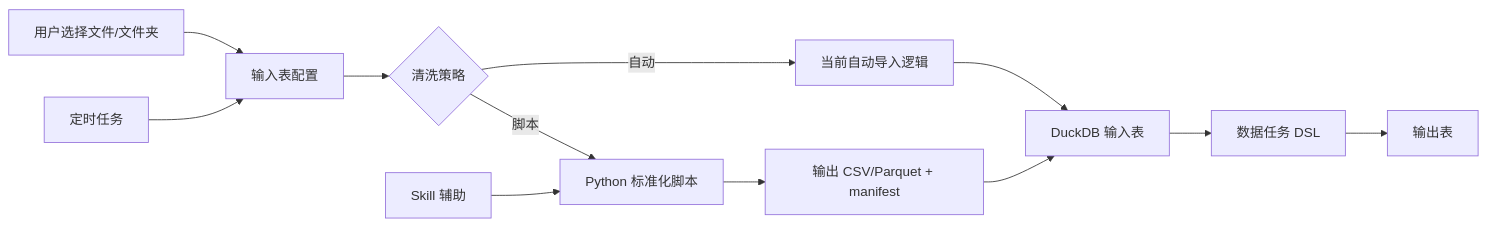
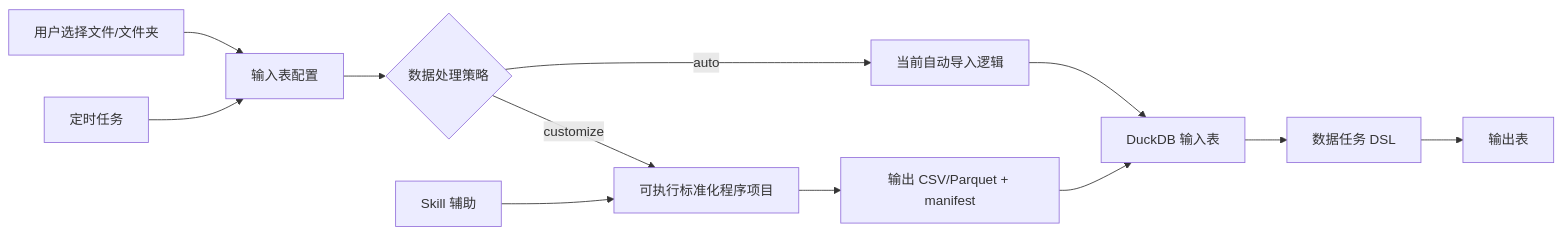
Before and after one commit to tyro668/sophron-cowork-desktop: the diagram in design/prep/input-table-skill-normalizer-design.md, drawn with Mermaid. The commit also changed other lines of this file and 19 other files, not shown here.

````diff
--- a/design/prep/input-table-skill-normalizer-design.md
+++ b/design/prep/input-table-skill-normalizer-design.md
@@ -93,14 +94,14 @@
 ```mermaid
 flowchart LR
   A["用户选择文件/文件夹"] --> B["输入表配置"]
-  B --> C{"清洗策略"}
-  C -->|自动| D["当前自动导入逻辑"]
-  C -->|脚本| E["Python 标准化脚本"]
+  B --> C{"数据处理策略"}
+  C -->|auto| D["当前自动导入逻辑"]
+  C -->|customize| E["可执行标准化程序项目"]
   E --> F["输出 CSV/Parquet + manifest"]
   D --> G["DuckDB 输入表"]
   F --> G
   G --> H["数据任务 DSL"]
   H --> I["输出表"]
   J["Skill 辅助"] --> E
   K["定时任务"] --> B
 ```
````
